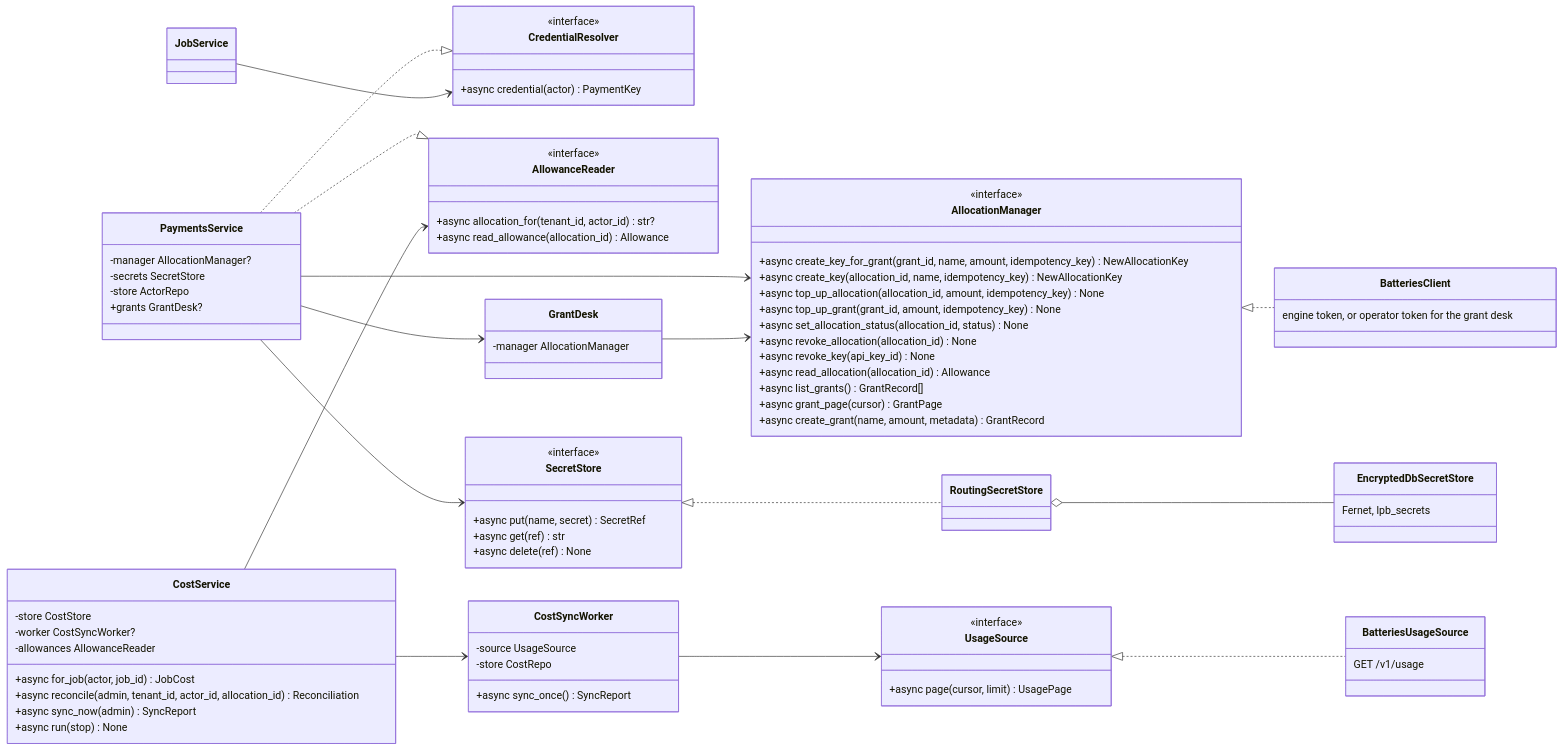
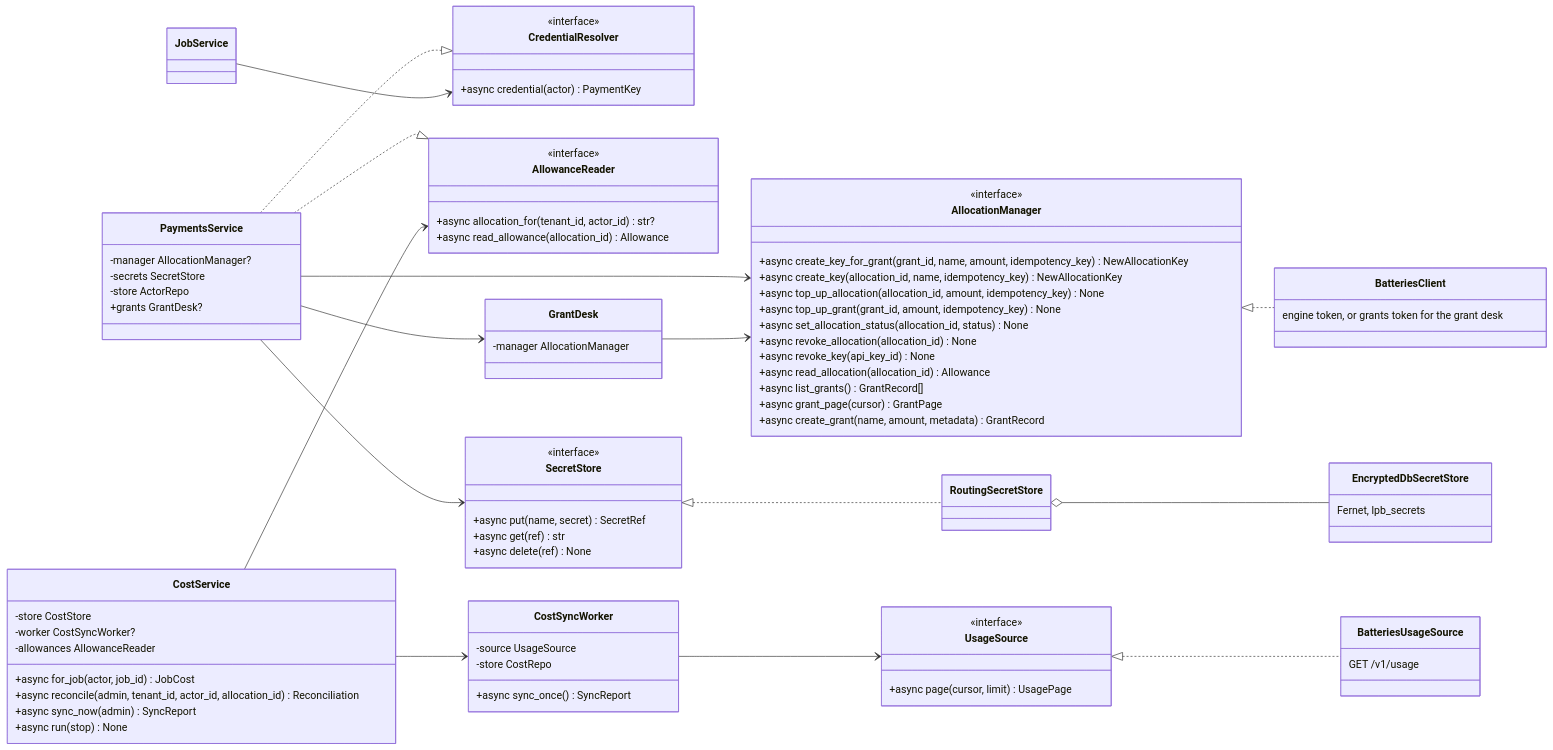
Before and after one commit to NE-Build-Track/livepeer-builder-core: the fifth of 16 diagrams in docs/design-docs/interfaces-and-http-servers.md, drawn with Mermaid. The commit also changed 15 other files, not shown here.

First line of the commit message:
refactor(config)!: LPB_BATTERIES_OPERATOR_TOKEN becomes LPB_BATTERIES_GRANTS_TOKEN (#163)

```diff
--- a/docs/design-docs/interfaces-and-http-servers.md
+++ b/docs/design-docs/interfaces-and-http-servers.md
@@ -395,7 +395,7 @@
         +async sync_once() SyncReport
     }
     class BatteriesClient {
-        engine token, or operator token for the grant desk
+        engine token, or grants token for the grant desk
     }
     class BatteriesUsageSource {
         GET /v1/usage
```
